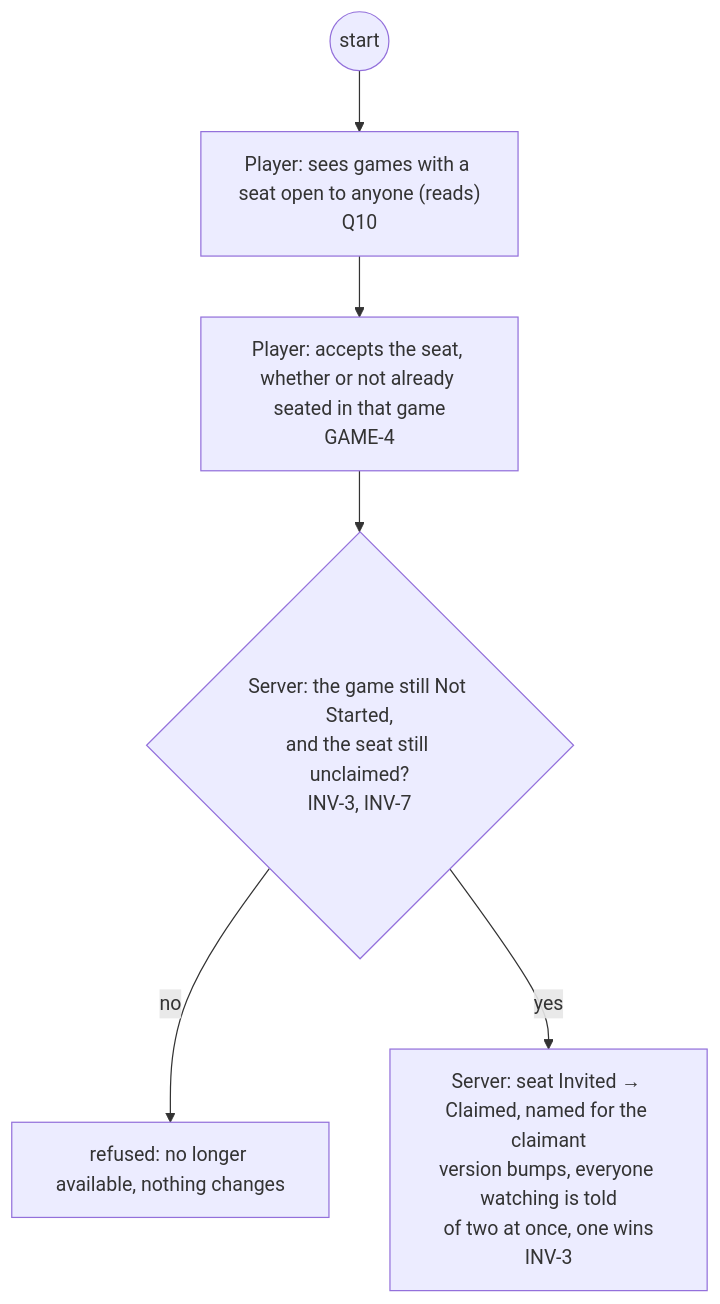
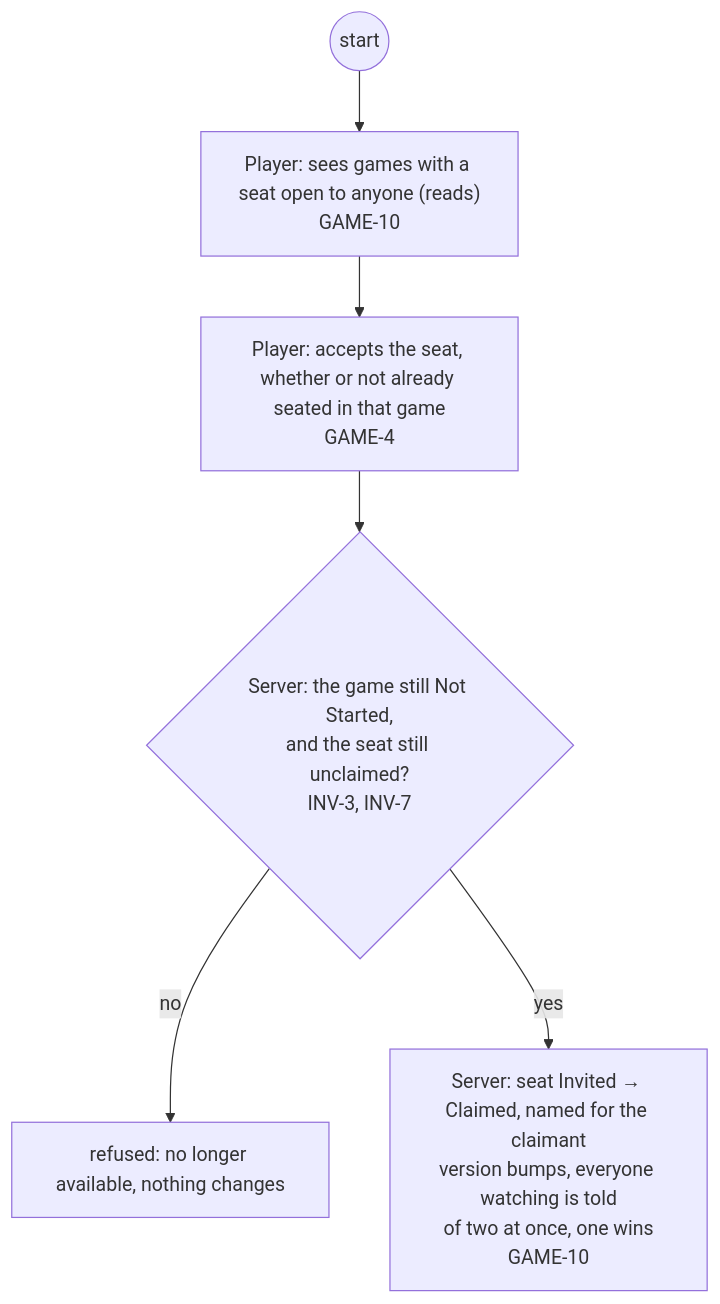
Before and after one commit to delphside/tile-lite-elite: diagram 12 of 29 in docs/changes/workstreams/application-game-architecture/71-one-game-model/71-functional.md, drawn with Mermaid. The commit also changed other lines of this file and 1 other file, not shown here.

First line of the commit message:
app 0.9.2 api 2.16: GAME-10, a seat open to anyone

````diff
--- a/docs/changes/workstreams/application-game-architecture/71-one-game-model/71-functional.md
+++ b/docs/changes/workstreams/application-game-architecture/71-one-game-model/71-functional.md
@@ -274,8 +274,8 @@
 ```mermaid
 flowchart TD
-  s0((start)) --> p1["Player: sees games with a seat open to anyone (reads)<br/>Q10"]
+  s0((start)) --> p1["Player: sees games with a seat open to anyone (reads)<br/>GAME-10"]
   p1 --> p2["Player: accepts the seat, whether or not already seated in that game<br/>GAME-4"]
   p2 --> v1{"Server: the game still Not Started,<br/>and the seat still unclaimed?<br/>INV-3, INV-7"}
   v1 -- no --> r1["refused: no longer available, nothing changes"]
-  v1 -- yes --> t1["Server: seat Invited → Claimed, named for the claimant<br/>version bumps, everyone watching is told<br/>of two at once, one wins<br/>INV-3"]
+  v1 -- yes --> t1["Server: seat Invited → Claimed, named for the claimant<br/>version bumps, everyone watching is told<br/>of two at once, one wins<br/>GAME-10"]
 ```
````
